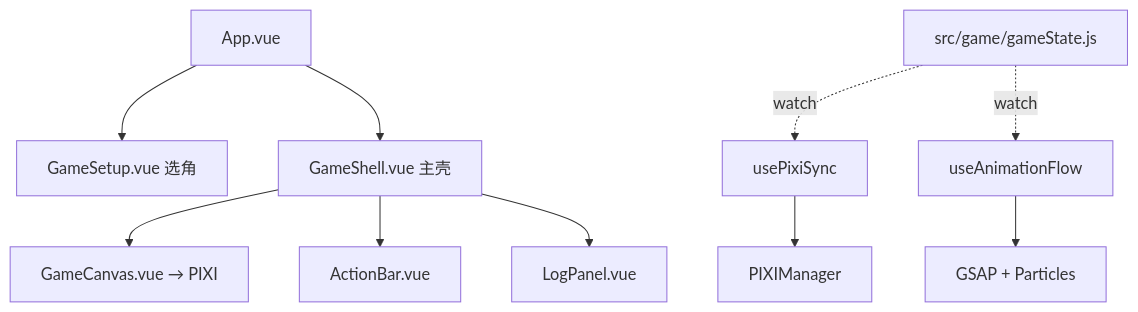
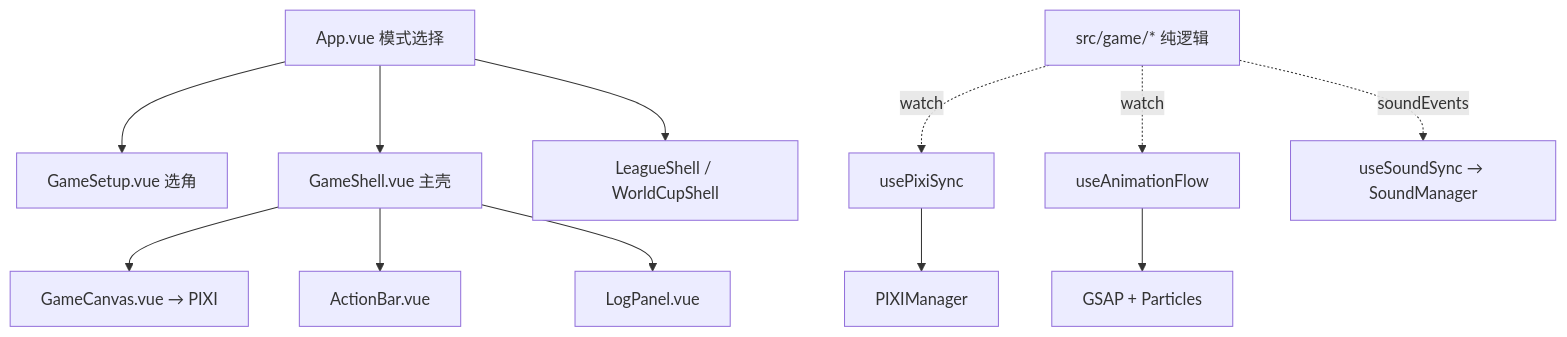
Before and after one commit to dead13game/dead13: the diagram in CLAUDE.md, drawn with Mermaid. The commit also changed other lines of this file and 38 other files, not shown here.

````diff
--- a/CLAUDE.md
+++ b/CLAUDE.md
@@ -57,13 +60,15 @@
 ```mermaid
 graph TD
-    A[App.vue] --> B[GameSetup.vue 选角]
+    A[App.vue 模式选择] --> B[GameSetup.vue 选角]
     A --> C[GameShell.vue 主壳]
-    C --> D[GameCanvas.vue → PIXI]
-    C --> E[ActionBar.vue]
-    C --> F[LogPanel.vue]
+    A --> D[LeagueShell / WorldCupShell]
+    C --> E[GameCanvas.vue → PIXI]
+    C --> F[ActionBar.vue]
+    C --> G[LogPanel.vue]
 
-    G[src/game/gameState.js] -. watch .-> H[usePixiSync]
-    G -. watch .-> I[useAnimationFlow]
-    H --> J[PIXIManager]
-    I --> K[GSAP + Particles]
+    H[src/game/* 纯逻辑] -. watch .-> I[usePixiSync]
+    H -. watch .-> J[useAnimationFlow]
+    I --> K[PIXIManager]
+    J --> L[GSAP + Particles]
+    H -. soundEvents .-> M[useSoundSync → SoundManager]
 ```
````
